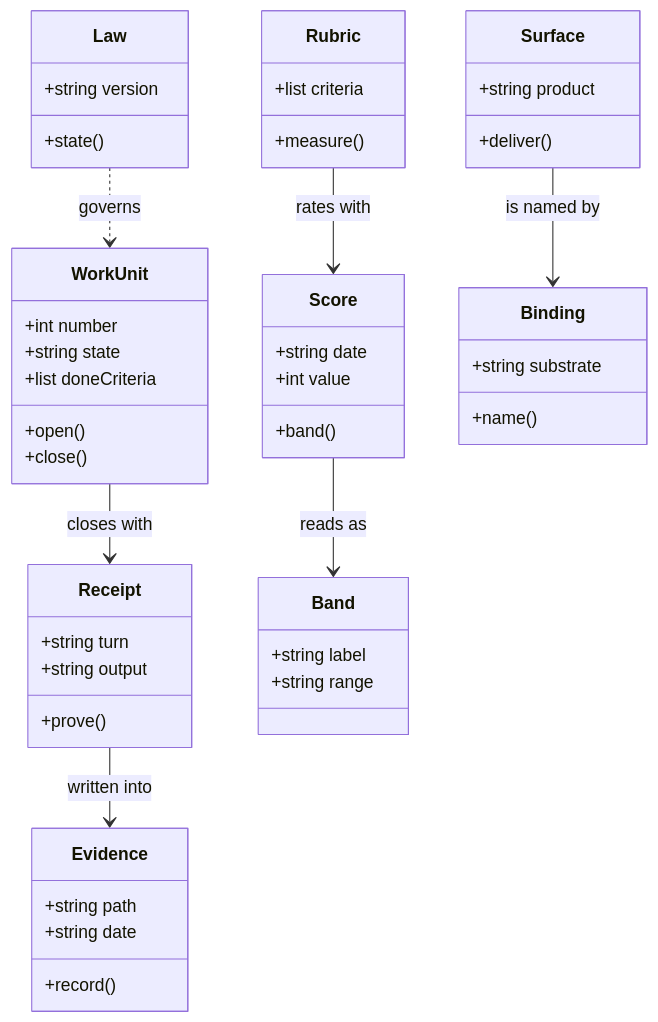
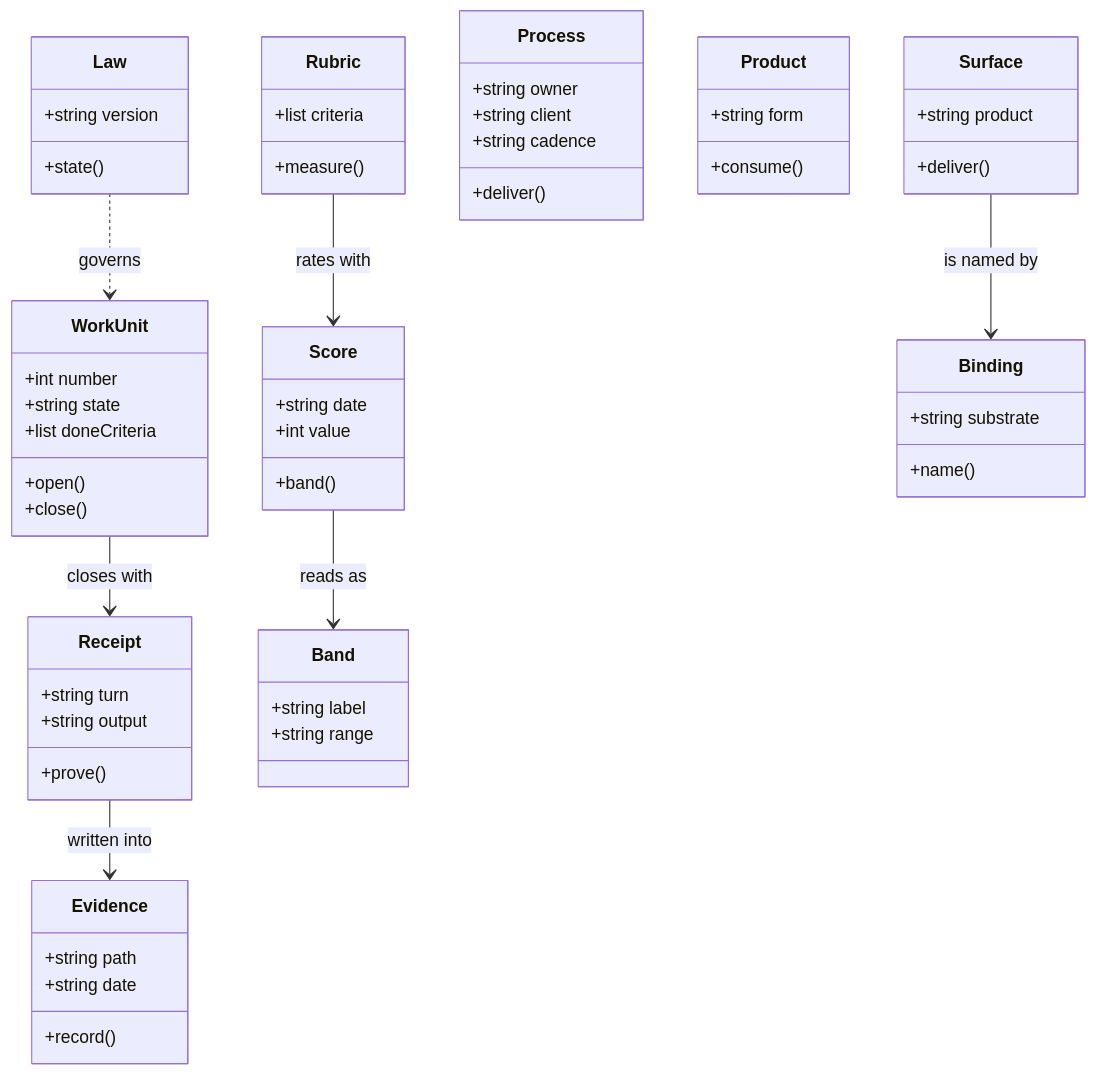
One commit to leshchenko1979/agent-factories changed the third of 4 diagrams in ONTOLOGY.md. Above: the diagram before and after it, drawn with Mermaid. The commit also changed other lines of this file and 2 other files, not shown here.

Commit message:
Ontology: every process delivers a product; P2 client fixed to HQ+Owner

````diff
--- a/ONTOLOGY.md
+++ b/ONTOLOGY.md
@@ -203,52 +207,62 @@
 ```mermaid
 classDiagram
     class WorkUnit {
         +int number
         +string state
         +list doneCriteria
         +open()
         +close()
     }
     class Receipt {
         +string turn
         +string output
         +prove()
     }
     class Evidence {
         +string path
         +string date
         +record()
     }
     class Law {
         +string version
         +state()
     }
     class Rubric {
         +list criteria
         +measure()
     }
     class Score {
         +string date
         +int value
         +band()
     }
     class Band {
         +string label
         +string range
     }
+    class Process {
+        +string owner
+        +string client
+        +string cadence
+        +deliver()
+    }
+    class Product {
+        +string form
+        +consume()
+    }
     class Surface {
         +string product
         +deliver()
     }
     class Binding {
         +string substrate
         +name()
     }
 
     WorkUnit --> Receipt : closes with
     Receipt --> Evidence : written into
     Rubric --> Score : rates with
     Score --> Band : reads as
     Law ..> WorkUnit : governs
     Surface --> Binding : is named by
 ```
````
